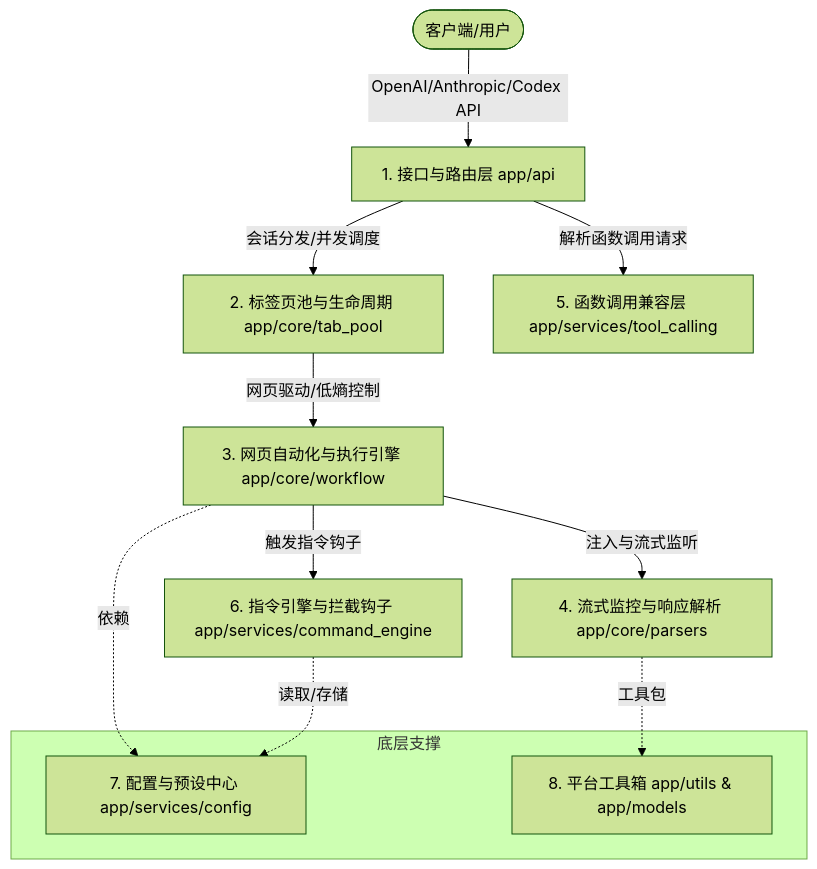
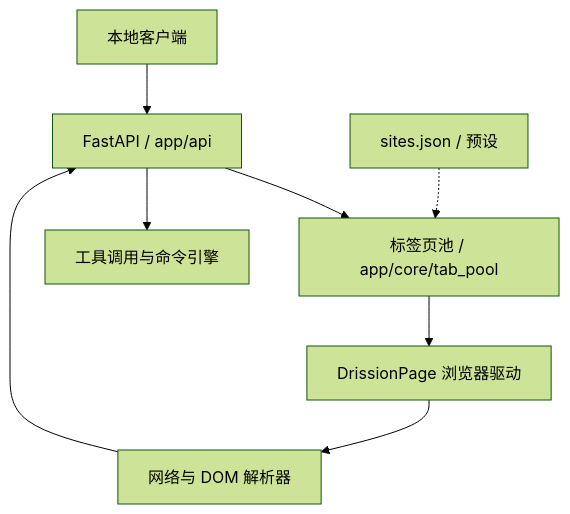
The diagram in README.md (lumingya/universal-web-api), drawn with Mermaid (forest theme) before and after one commit. The commit also changed other lines of this file and 16 other files, not shown here.

````diff
--- a/README.md
+++ b/README.md
@@ -19,18 +45,10 @@
 ```mermaid
 graph TD
-    User([客户端/用户]) -->|OpenAI/Anthropic/Codex API| Route[1. 接口与路由层 app/api]
-    Route -->|会话分发/并发调度| TabPool[2. 标签页池与生命周期 app/core/tab_pool]
-    Route -->|解析函数调用请求| ToolCall[5. 函数调用兼容层 app/services/tool_calling]
-    TabPool -->|网页驱动/低熵控制| Browser[3. 网页自动化与执行引擎 app/core/workflow]
-    Browser -->|注入与流式监听| Stream[4. 流式监控与响应解析 app/core/parsers]
-    Browser -->|触发指令钩子| CmdEng[6. 指令引擎与拦截钩子 app/services/command_engine]
-    
-    subgraph 底层支撑
-        Config[7. 配置与预设中心 app/services/config]
-        Utils[8. 平台工具箱 app/utils & app/models]
-    end
-    
-    Browser -.->|依赖| Config
-    CmdEng -.->|读取/存储| Config
-    Stream -.->|工具包| Utils
+  Client[本地客户端] --> API[FastAPI / app/api]
+  API --> Pool[标签页池 / app/core/tab_pool]
+  Pool --> Browser[DrissionPage 浏览器驱动]
+  Browser --> Parser[网络与 DOM 解析器]
+  Parser --> API
+  API --> Tools[工具调用与命令引擎]
+  Config[sites.json / 预设] -.-> Pool
 ```
````
